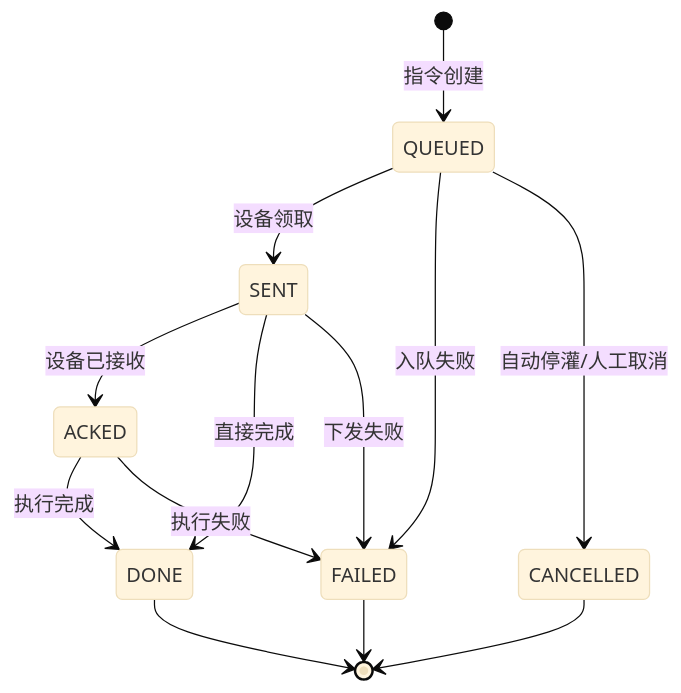
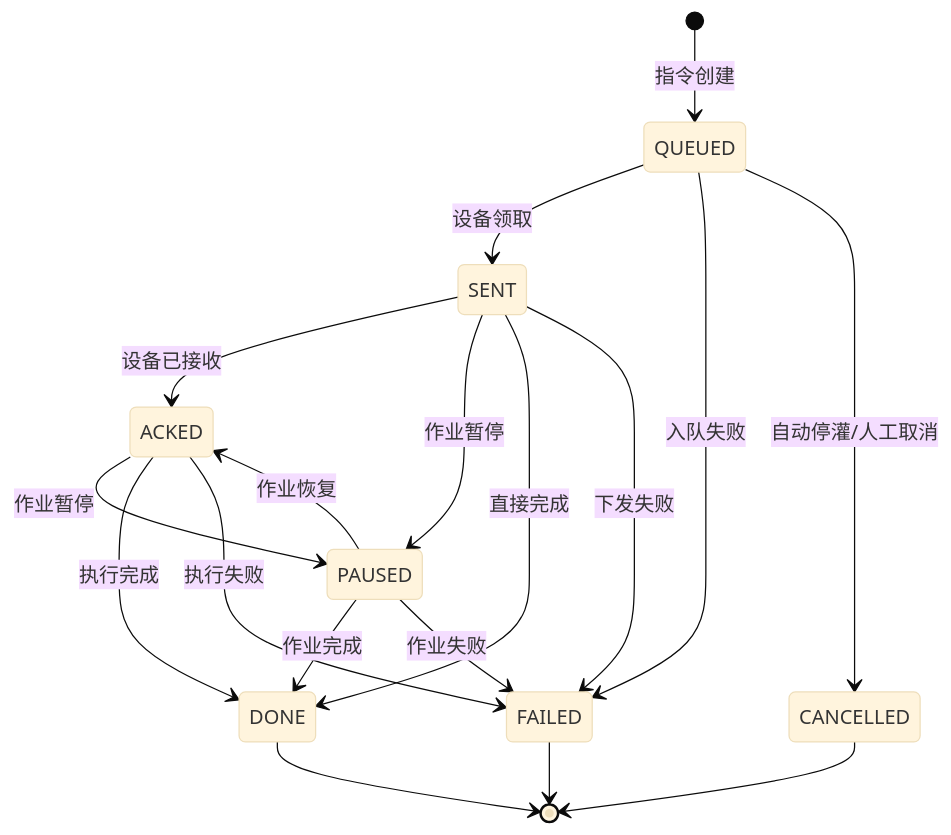
The ninth of 39 diagrams in .qoder/repowiki/zh/content/核心服务文档/其他业务服务.md (q446328246/agri-platform), drawn with Mermaid (base theme) before and after one commit. The commit also changed other lines of this file and 46 other files, not shown here.

````diff
--- a/.qoder/repowiki/zh/content/核心服务文档/其他业务服务.md
+++ b/.qoder/repowiki/zh/content/核心服务文档/其他业务服务.md
@@ -344,15 +388,20 @@
 ```mermaid
 stateDiagram-v2
 [*] --> QUEUED : 指令创建
 QUEUED --> SENT : 设备领取
 QUEUED --> FAILED : 入队失败
 QUEUED --> CANCELLED : 自动停灌/人工取消
 SENT --> ACKED : 设备已接收
+SENT --> PAUSED : 作业暂停
 SENT --> DONE : 直接完成
 SENT --> FAILED : 下发失败
+ACKED --> PAUSED : 作业暂停
 ACKED --> DONE : 执行完成
 ACKED --> FAILED : 执行失败
+PAUSED --> ACKED : 作业恢复
+PAUSED --> DONE : 作业完成
+PAUSED --> FAILED : 作业失败
 DONE --> [*]
 FAILED --> [*]
 CANCELLED --> [*]
 ```
````
